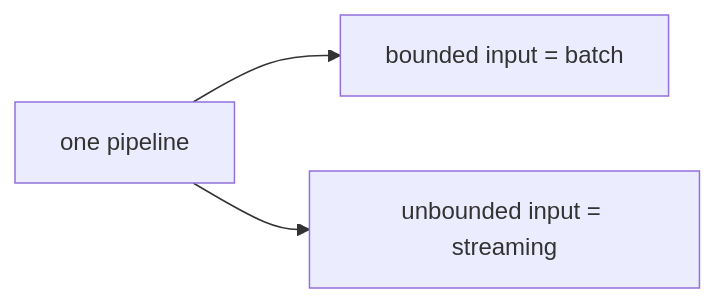
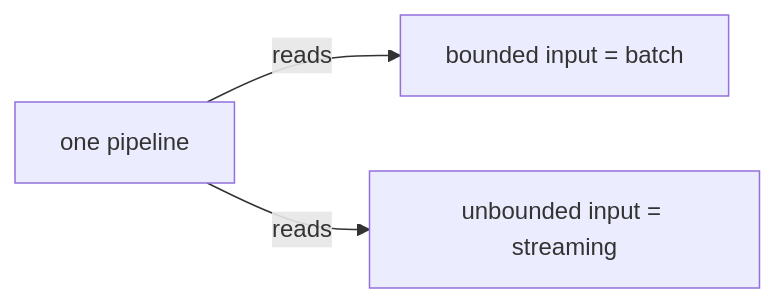
The tenth of 19 diagrams in docs/ch10-the-evolution-of-large-scale-data-processing.md (vinayakuber/streaming-systems-study-guide), drawn with Mermaid before and after one commit. The commit also changed other lines of this file and 22 other files, not shown here.

First line of the commit message:
R18: label every diagram arrow with its meaning

````diff
--- a/docs/ch10-the-evolution-of-large-scale-data-processing.md
+++ b/docs/ch10-the-evolution-of-large-scale-data-processing.md
@@ -260,5 +260,5 @@
 ```mermaid
 flowchart LR
-  P["one pipeline"] --> B["bounded input = batch"]
-  P --> S["unbounded input = streaming"]
+  P["one pipeline"] -->|"reads"| B["bounded input = batch"]
+  P -->|"reads"| S["unbounded input = streaming"]
 ```
````
